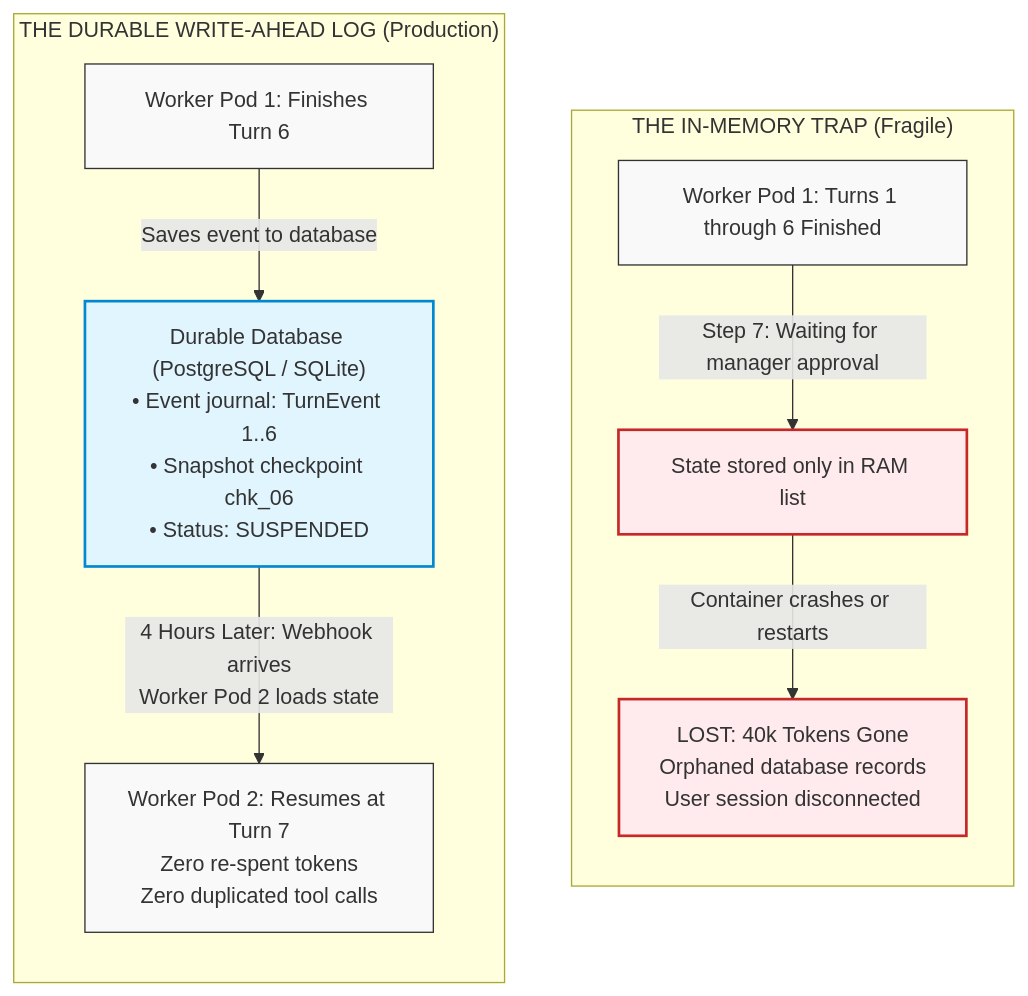
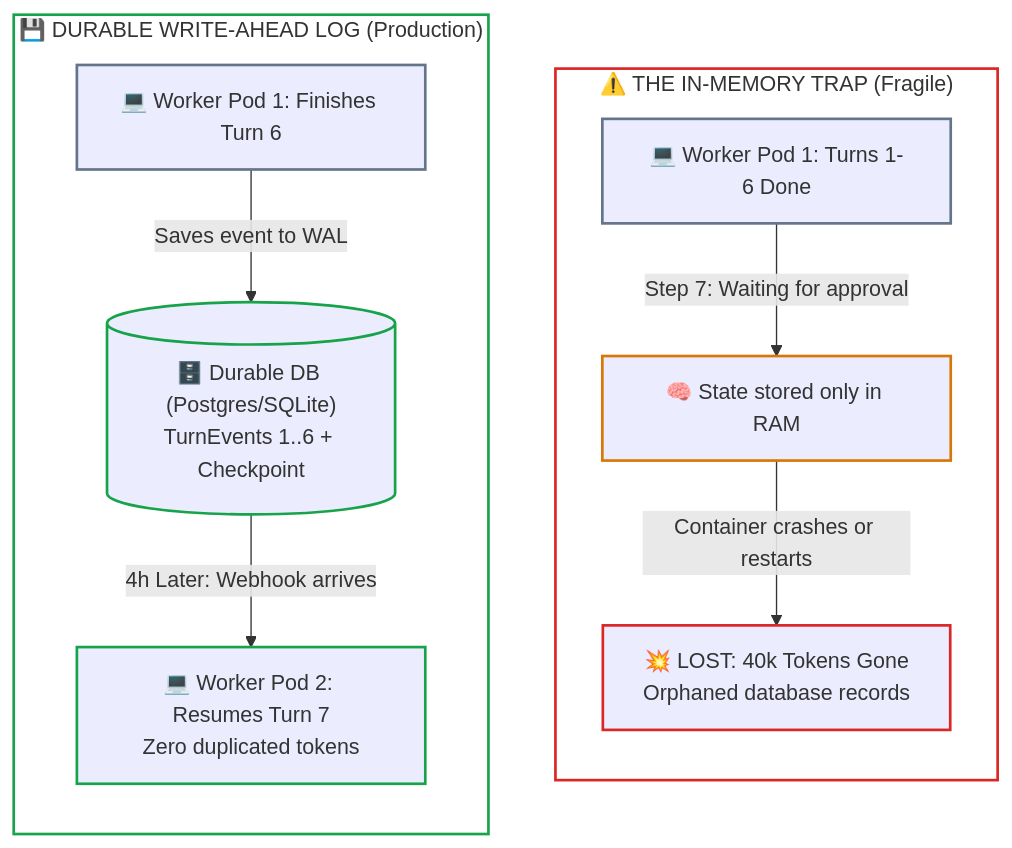
One commit to dip4k/senior-engineer-to-ai-engineer-roadmap changed the first of 6 diagrams in 04-agentic-systems-and-orchestration/03-stateful-sessions-and-durable-wal-persistence.md. Above: the diagram before and after it, drawn with Mermaid. The commit also changed other lines of this file and 94 other files, not shown here.

Commit message:
refactor(curriculum): complete Phase 04 upgrade and enforce diagram renderer invariants

````diff
--- a/04-agentic-systems-and-orchestration/03-stateful-sessions-and-durable-wal-persistence.md
+++ b/04-agentic-systems-and-orchestration/03-stateful-sessions-and-durable-wal-persistence.md
@@ -20,20 +24,25 @@
 ```mermaid
 flowchart TD
-    classDef fail fill:#ffebee,stroke:#c62828,stroke-width:2px;
-    classDef store fill:#e1f5fe,stroke:#0288d1,stroke-width:2px;
-    classDef worker fill:#f9f9f9,stroke:#333,stroke-width:1px;
-
-    subgraph Volatile["THE IN-MEMORY TRAP (Fragile)"]
+    subgraph Volatile["⚠️ THE IN-MEMORY TRAP (Fragile)"]
         direction TB
-        V1["Worker Pod 1: Turns 1 through 6 Finished"]:::worker
-        V1 -->|"Step 7: Waiting for manager approval"| V2["State stored only in RAM list"]:::fail
-        V2 -->|"Container crashes or restarts"| V3["LOST: 40k Tokens Gone\nOrphaned database records\nUser session disconnected"]:::fail
+        V1["💻 Worker Pod 1: Turns 1-6 Done"]
+        V1 -->|"Step 7: Waiting for approval"| V2["🧠 State stored only in RAM"]
+        V2 -->|"Container crashes or restarts"| V3["💥 LOST: 40k Tokens Gone<br>Orphaned database records"]
     end
 
-    subgraph Durable["THE DURABLE WRITE-AHEAD LOG (Production)"]
+    subgraph Durable["💾 DURABLE WRITE-AHEAD LOG (Production)"]
         direction TB
-        D1["Worker Pod 1: Finishes Turn 6"]:::worker
-        D1 -->|"Saves event to database"| WAL["Durable Database (PostgreSQL / SQLite)\n• Event journal: TurnEvent 1..6\n• Snapshot checkpoint chk_06\n• Status: SUSPENDED"]:::store
-        WAL -->|"4 Hours Later: Webhook arrives\nWorker Pod 2 loads state"| D2["Worker Pod 2: Resumes at Turn 7\nZero re-spent tokens\nZero duplicated tool calls"]:::worker
+        D1["💻 Worker Pod 1: Finishes Turn 6"]
+        D1 -->|"Saves event to WAL"| WAL[("🗄️ Durable DB (Postgres/SQLite)<br>TurnEvents 1..6 + Checkpoint")]
+        WAL -->|"4h Later: Webhook arrives"| D2["💻 Worker Pod 2: Resumes Turn 7<br>Zero duplicated tokens"]
     end
+
+    style Volatile fill:none,stroke:#dc2626,stroke-width:2px
+    style Durable fill:none,stroke:#16a34a,stroke-width:2px
+    style V1 stroke:#64748b,stroke-width:2px
+    style V2 stroke:#d97706,stroke-width:2px
+    style V3 stroke:#dc2626,stroke-width:2px
+    style D1 stroke:#64748b,stroke-width:2px
+    style WAL stroke:#16a34a,stroke-width:2px
+    style D2 stroke:#16a34a,stroke-width:2px
 ```
````
